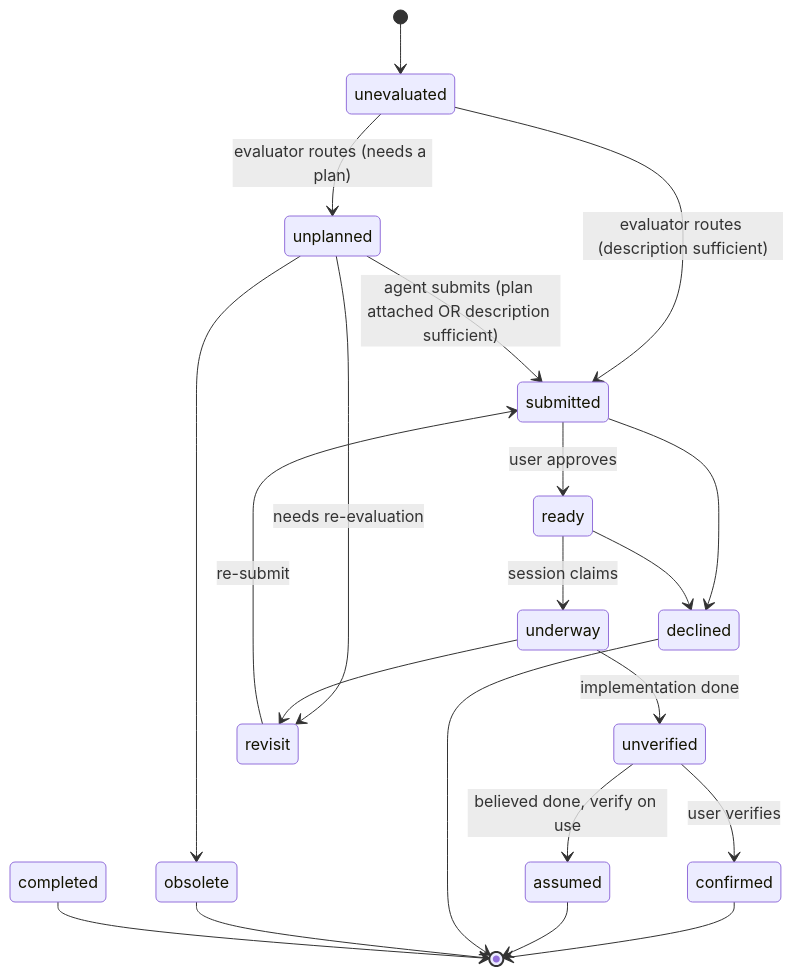
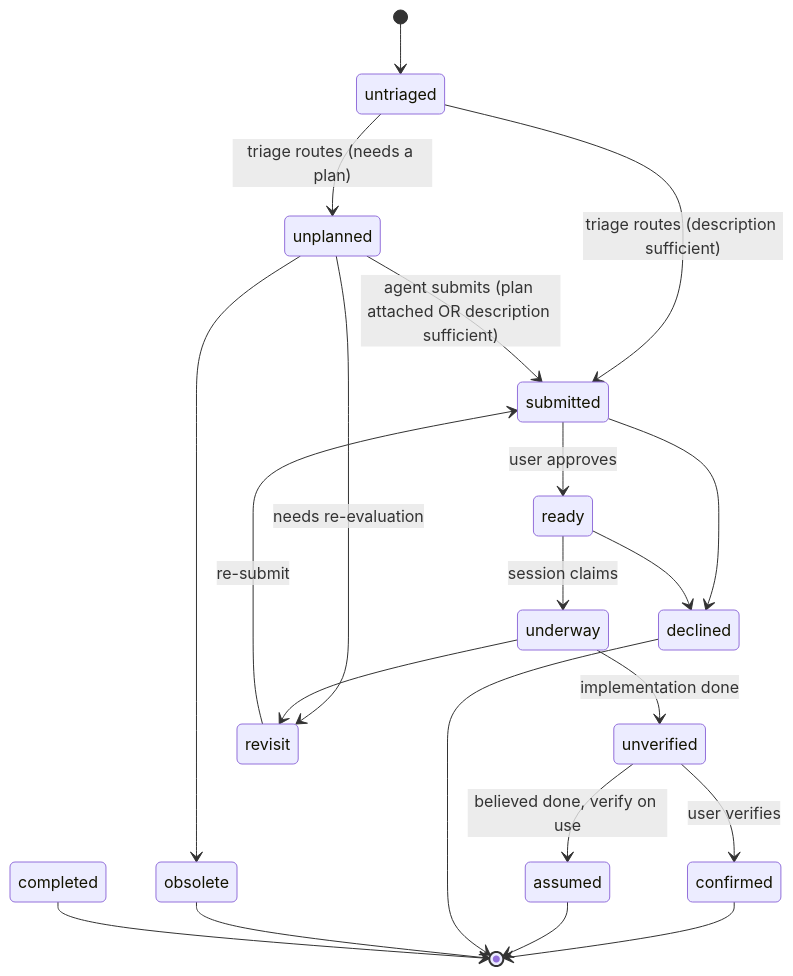
One commit to mikeschinkel/endless changed the diagram in docs/status-lifecycle.mmd. Above: the diagram before and after it, drawn with Mermaid. The commit also changed 30 other files, not shown here.

```diff
--- a/docs/status-lifecycle.mmd
+++ b/docs/status-lifecycle.mmd
@@ -1,31 +1,31 @@
 %% Canonical task status lifecycle — single source of truth.
 %% Embedded (byte-identical) in README.md, CLAUDE.md, and docs/guide/index.md
 %% between <!-- BEGIN canonical:docs/status-lifecycle.mmd --> / <!-- END ... -->
 %% markers. Edit HERE, then re-sync the copies (tests/tasks/e-1648-verify.sh
 %% asserts they match). Blocking is a relation (blocked_by), not a state, so it
 %% is intentionally absent.
 stateDiagram-v2
-    [*] --> unevaluated
+    [*] --> untriaged
 
-    unevaluated --> unplanned: evaluator routes (needs a plan)
-    unevaluated --> submitted: evaluator routes (description sufficient)
+    untriaged --> unplanned: triage routes (needs a plan)
+    untriaged --> submitted: triage routes (description sufficient)
     unplanned --> submitted: agent submits (plan attached OR description sufficient)
     submitted --> ready: user approves
     ready --> underway: session claims
     underway --> unverified: implementation done
     unverified --> confirmed: user verifies
     unverified --> assumed: believed done, verify on use
 
     confirmed --> [*]
     assumed --> [*]
 
     unplanned --> revisit: needs re-evaluation
     underway --> revisit
     revisit --> submitted: re-submit
 
     submitted --> declined
     ready --> declined
     unplanned --> obsolete
     declined --> [*]
     obsolete --> [*]
     completed --> [*]
```
